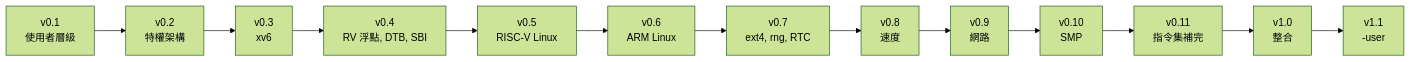
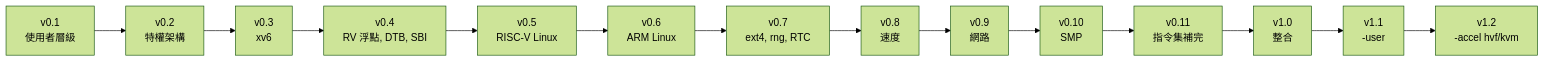
Before and after one commit to ccc-claude-opus/ruvm: the diagram in doc/roadmap.md, drawn with Mermaid (forest theme). The commit also changed other lines of this file and 18 other files, not shown here.

First line of the commit message:
v1.2: hardware virtualization with -accel hvf (macOS) and -accel kvm (Linux)

````diff
--- a/doc/roadmap.md
+++ b/doc/roadmap.md
@@ -5,15 +5,16 @@
 ```mermaid
 flowchart LR
     v01["v0.1<br/>使用者層級"] --> v02["v0.2<br/>特權架構"]
     v02 --> v03["v0.3<br/>xv6"]
     v03 --> v04["v0.4<br/>RV 浮點, DTB, SBI"]
     v04 --> v05["v0.5<br/>RISC-V Linux"]
     v05 --> v06["v0.6<br/>ARM Linux"]
     v06 --> v07["v0.7<br/>ext4, rng, RTC"]
     v07 --> v08["v0.8<br/>速度"]
     v08 --> v09["v0.9<br/>網路"]
     v09 --> v10["v0.10<br/>SMP"]
     v10 --> v11["v0.11<br/>指令集補完"]
     v11 --> v10f["v1.0<br/>整合"]
     v10f --> v11u["v1.1<br/>-user"]
+    v11u --> v12["v1.2<br/>-accel hvf/kvm"]
 ```
````
